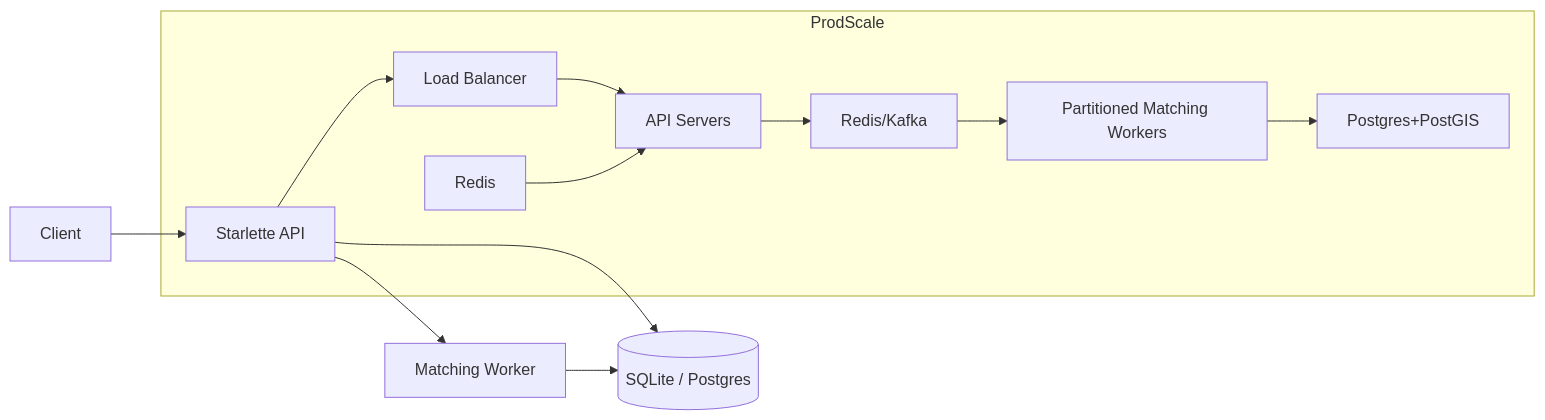
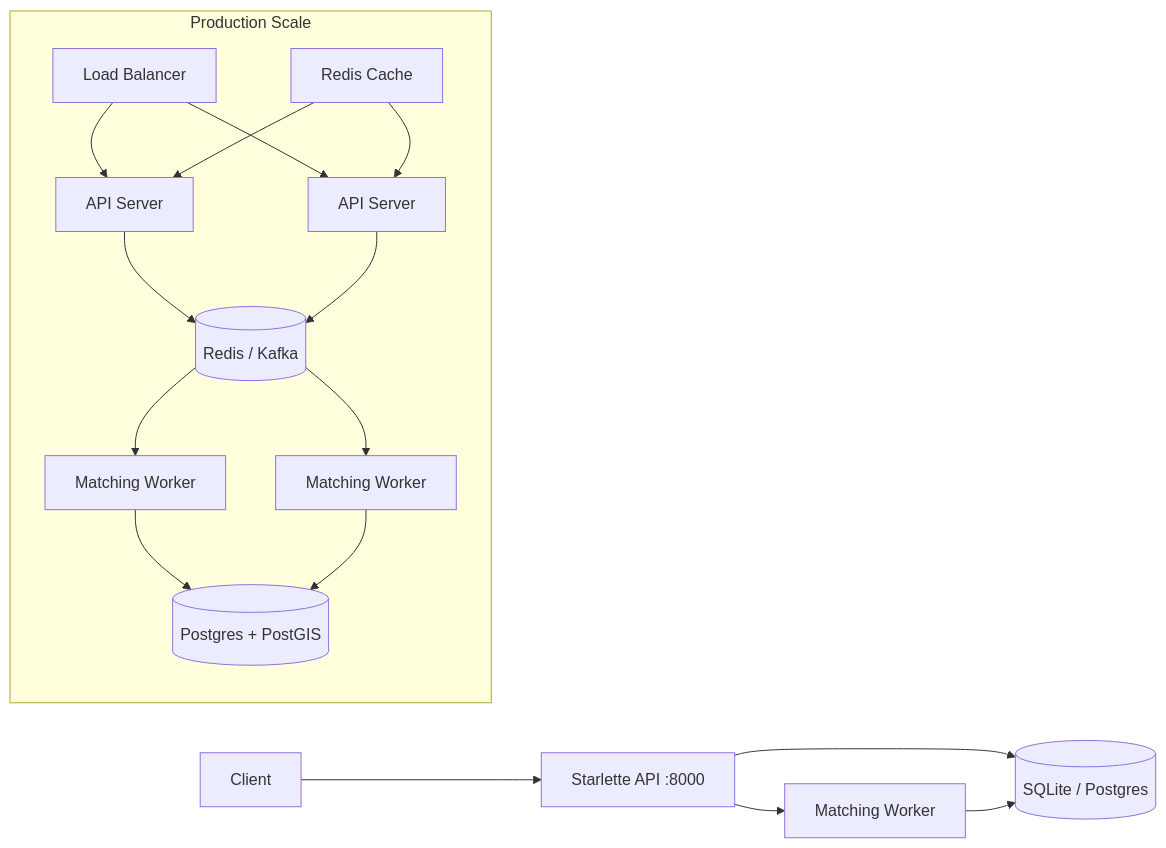
Before and after one commit to Kshitijkrojha/Hintro_assignment: the second of 2 diagrams in README.md, drawn with Mermaid. The commit also changed other lines of this file and 12 other files, not shown here.

````diff
--- a/README.md
+++ b/README.md
@@ -95,15 +194,20 @@
 ```mermaid
 flowchart LR
-  Client-->API[Starlette API]
-  API-->DB[(SQLite / Postgres)]
-  API-->Matcher[Matching Worker]
-  Matcher-->DB
-  subgraph ProdScale
-    API --> LB[Load Balancer]
-    LB --> AppServers[API Servers]
-    AppServers --> Queue[Redis/Kafka]
-    Queue --> Workers[Partitioned Matching Workers]
-    Workers --> Postgres[Postgres+PostGIS]
-    Cache[Redis] --> AppServers
+  Client --> API[Starlette API :8000]
+  API --> DB[(SQLite / Postgres)]
+  API --> Matcher[Matching Worker]
+  Matcher --> DB
+
+  subgraph Production Scale
+    LB[Load Balancer] --> App1[API Server]
+    LB --> App2[API Server]
+    App1 --> Queue[(Redis / Kafka)]
+    App2 --> Queue
+    Queue --> W1[Matching Worker]
+    Queue --> W2[Matching Worker]
+    W1 --> PG[(Postgres + PostGIS)]
+    W2 --> PG
+    Cache[Redis Cache] --> App1
+    Cache --> App2
   end
 ```
````
